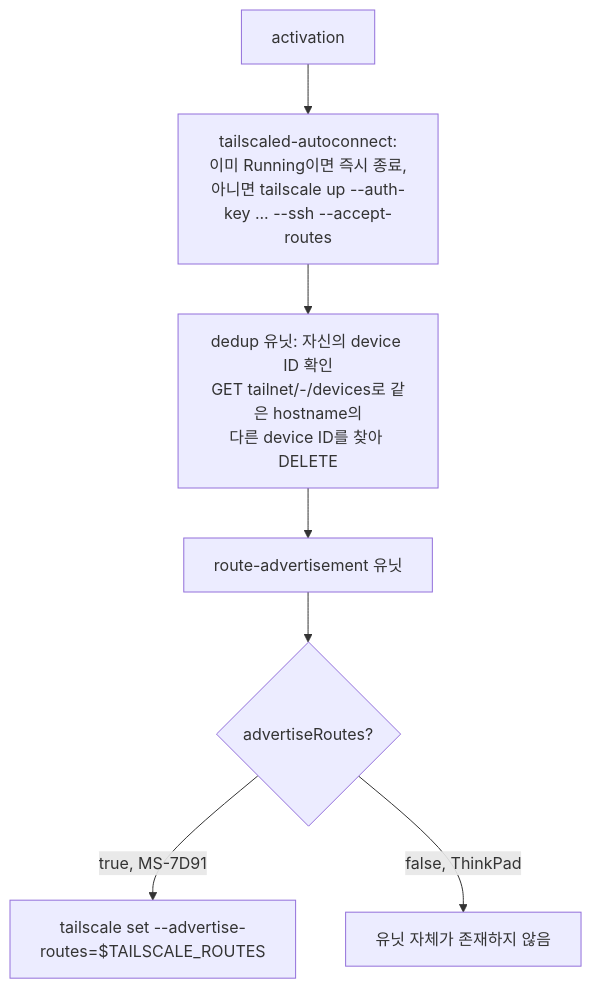
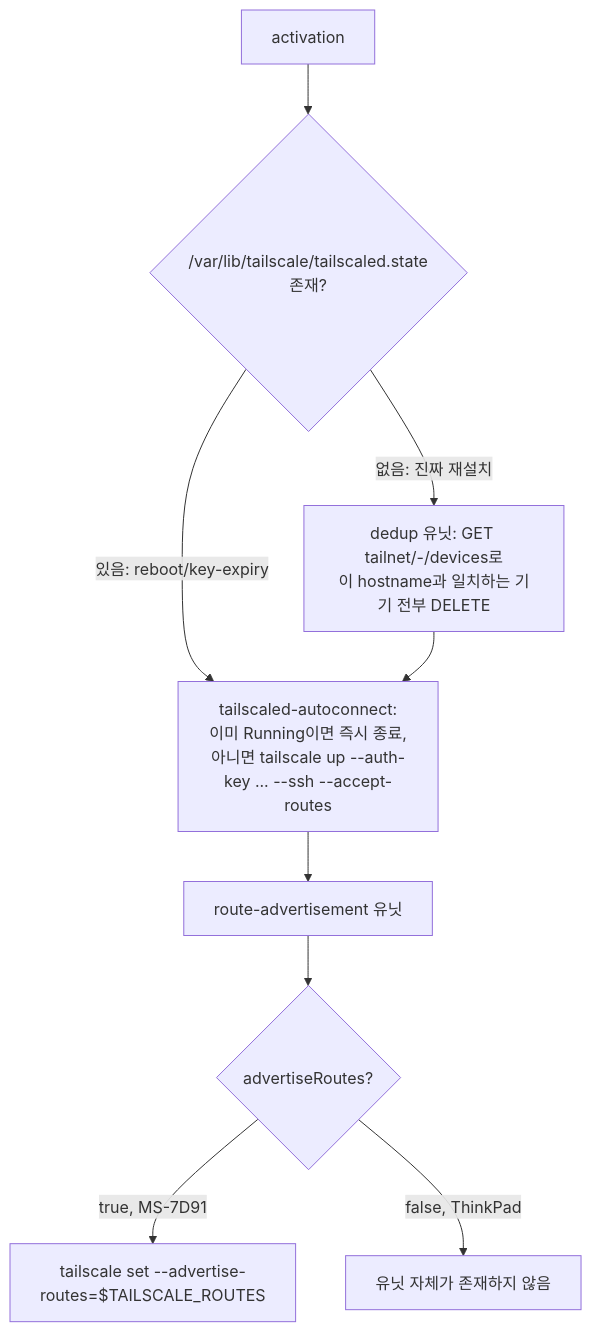
The diagram in .compound-engineering/artifacts/plans/2026-09-23-1708-feat-tailscale-firewall-networking-plan.md (hyperlapse122/nix-config), drawn with Mermaid before and after one commit. The commit also changed other lines of this file, not shown here.

Commit message:
docs(plans): record code-review fixes to dedup ordering

````diff
--- a/.compound-engineering/artifacts/plans/2026-09-23-1708-feat-tailscale-firewall-networking-plan.md
+++ b/.compound-engineering/artifacts/plans/2026-09-23-1708-feat-tailscale-firewall-networking-plan.md
@@ -135,9 +137,11 @@
 ```mermaid
 flowchart TB
-  A[activation] --> B["tailscaled-autoconnect:\n이미 Running이면 즉시 종료,\n아니면 tailscale up --auth-key ... --ssh --accept-routes"]
-  B --> C[dedup 유닛: 자신의 device ID 확인\nGET tailnet/-/devices로 같은 hostname의\n다른 device ID를 찾아 DELETE]
-  C --> D[route-advertisement 유닛]
-  D --> E{advertiseRoutes?}
-  E -->|true, MS-7D91| F["tailscale set --advertise-routes=$TAILSCALE_ROUTES"]
-  E -->|false, ThinkPad| G[유닛 자체가 존재하지 않음]
+  A[activation] --> B{"/var/lib/tailscale/tailscaled.state\n존재?"}
+  B -->|있음: reboot/key-expiry| D
+  B -->|없음: 진짜 재설치| C["dedup 유닛: GET tailnet/-/devices로\n이 hostname과 일치하는 기기 전부 DELETE"]
+  C --> D["tailscaled-autoconnect:\n이미 Running이면 즉시 종료,\n아니면 tailscale up --auth-key ... --ssh --accept-routes"]
+  D --> E[route-advertisement 유닛]
+  E --> F{advertiseRoutes?}
+  F -->|true, MS-7D91| G["tailscale set --advertise-routes=$TAILSCALE_ROUTES"]
+  F -->|false, ThinkPad| H[유닛 자체가 존재하지 않음]
 ```
````
